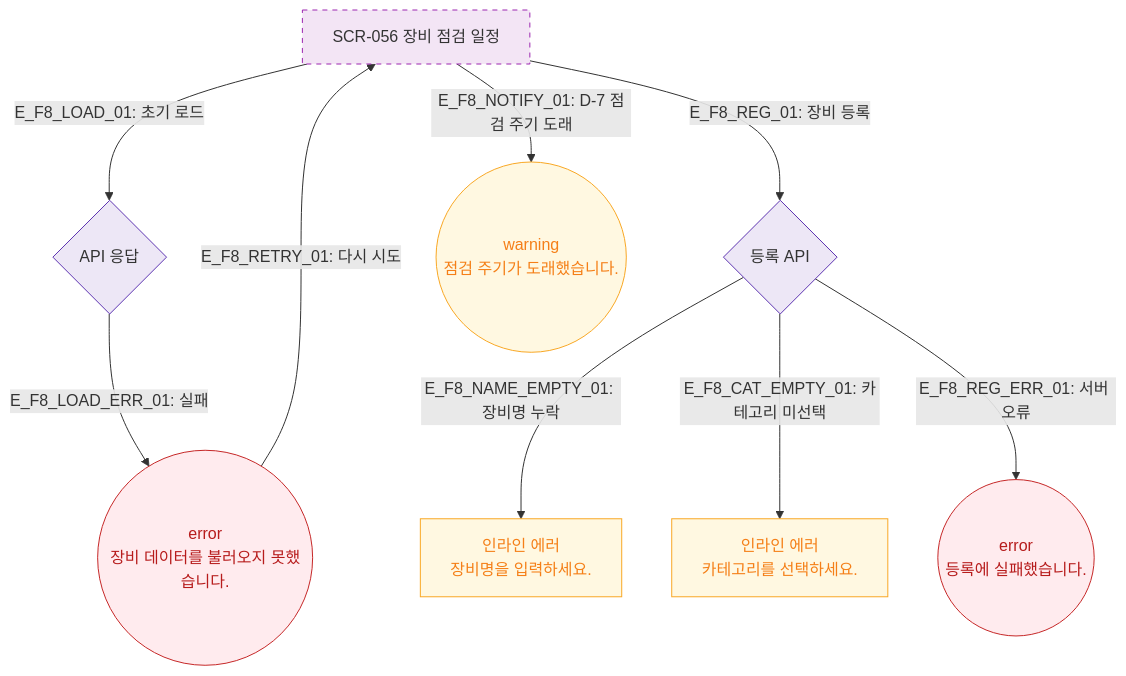
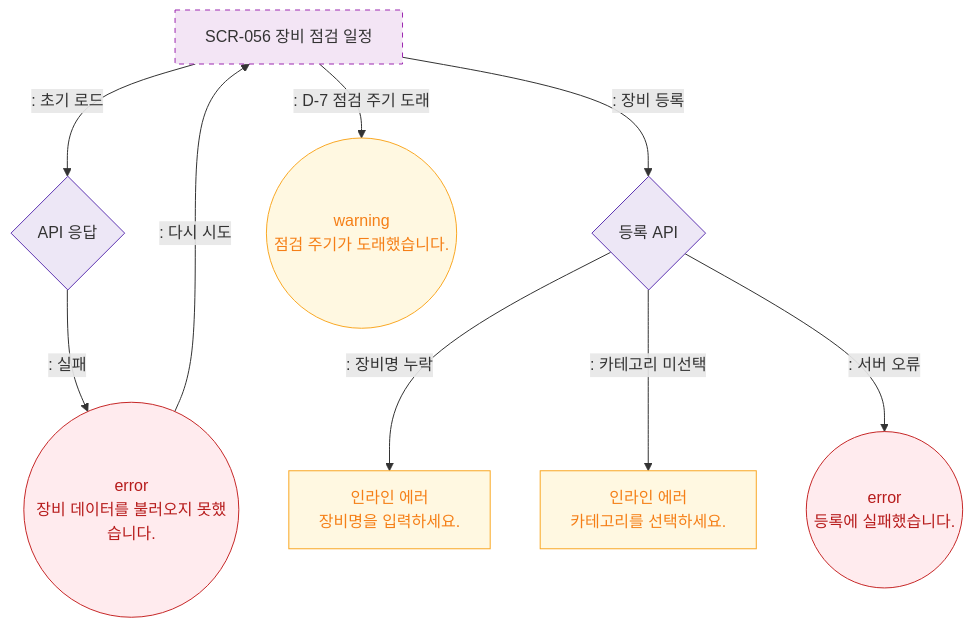
One commit to dev-spogym/admin-pando changed the diagram in docs/다이어그램/D06_시설관리/SCR-056_장비점검일정/F8_에러.md. Above: the diagram before and after it, drawn with Mermaid. The commit also changed other lines of this file and 1660 other files, not shown here.

First line of the commit message:
다이어그램: 기획자/클라이언트 납품본으로 정리

````diff
--- a/docs/다이어그램/D06_시설관리/SCR-056_장비점검일정/F8_에러.md
+++ b/docs/다이어그램/D06_시설관리/SCR-056_장비점검일정/F8_에러.md
@@ -16,24 +14,24 @@
 ```mermaid
 flowchart TD
     SCR_056[SCR-056 장비 점검 일정]
 
-    SCR_056 -->|"E_F8_LOAD_01: 초기 로드"| LoadAPI{API 응답}
-    LoadAPI -->|"E_F8_LOAD_ERR_01: 실패"| ErrLoad((error\n장비 데이터를 불러오지 못했습니다.))
-    ErrLoad -->|"E_F8_RETRY_01: 다시 시도"| SCR_056
+    SCR_056 -->|": 초기 로드"|LoadAPI{API 응답}
+    LoadAPI -->|": 실패"|ErrLoad((error\n장비 데이터를 불러오지 못했습니다.))
+    ErrLoad -->|": 다시 시도"|SCR_056
 
-    SCR_056 -->|"E_F8_REG_01: 장비 등록"| RegAPI{등록 API}
-    RegAPI -->|"E_F8_NAME_EMPTY_01: 장비명 누락"| ErrName[인라인 에러\n장비명을 입력하세요.]
-    RegAPI -->|"E_F8_CAT_EMPTY_01: 카테고리 미선택"| ErrCat[인라인 에러\n카테고리를 선택하세요.]
-    RegAPI -->|"E_F8_REG_ERR_01: 서버 오류"| ErrReg((error\n등록에 실패했습니다.))
+    SCR_056 -->|": 장비 등록"|RegAPI{등록 API}
+    RegAPI -->|": 장비명 누락"|ErrName[인라인 에러\n장비명을 입력하세요.]
+    RegAPI -->|": 카테고리 미선택"|ErrCat[인라인 에러\n카테고리를 선택하세요.]
+    RegAPI -->|": 서버 오류"|ErrReg((error\n등록에 실패했습니다.))
 
-    SCR_056 -->|"E_F8_NOTIFY_01: D-7 점검 주기 도래"| NotifyWarn((warning\n점검 주기가 도래했습니다.))
+    SCR_056 -->|": D-7 점검 주기 도래"|NotifyWarn((warning\n점검 주기가 도래했습니다.))
 
     classDef newFeature fill:#F3E5F5,stroke:#9C27B0,stroke-dasharray:5 5
     classDef error fill:#FFEBEE,stroke:#C62828,color:#B71C1C
     classDef warning fill:#FFF8E1,stroke:#F9A825,color:#F57F17
     classDef system fill:#EDE7F6,stroke:#5E35B2
     class SCR_056 newFeature
     class ErrLoad,ErrReg error
     class ErrName,ErrCat,NotifyWarn warning
     class LoadAPI,RegAPI system
 ```
````
